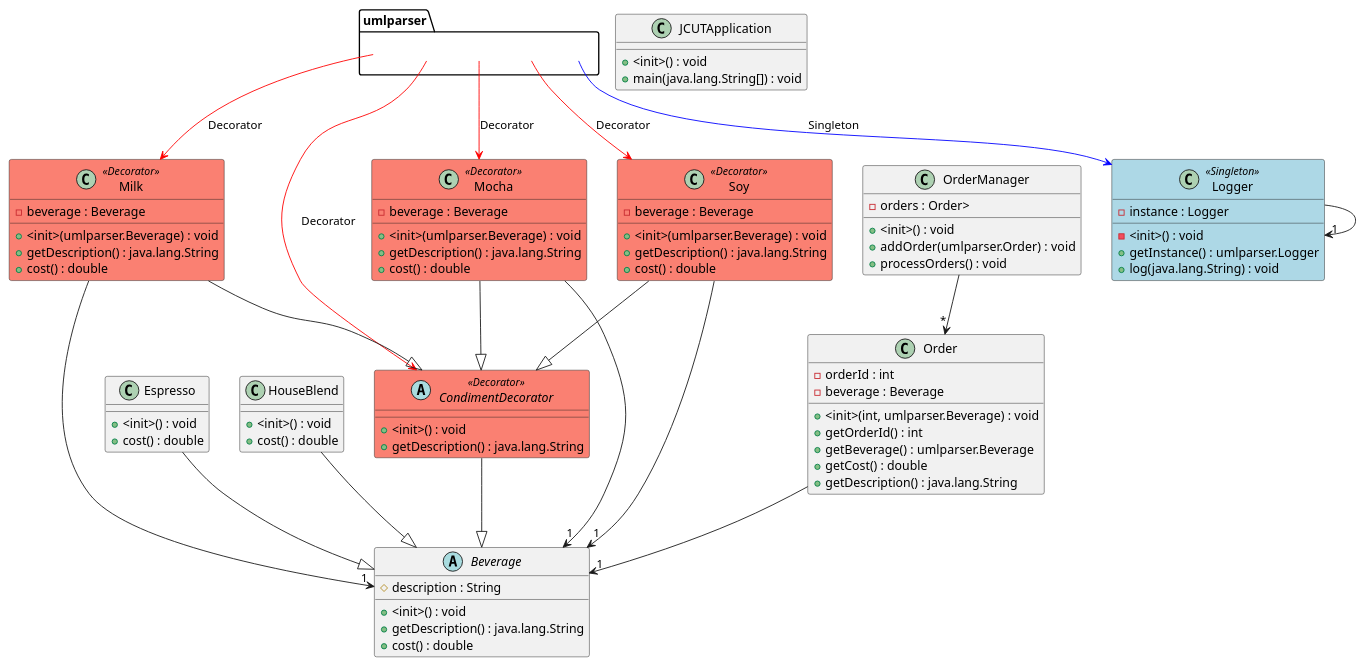
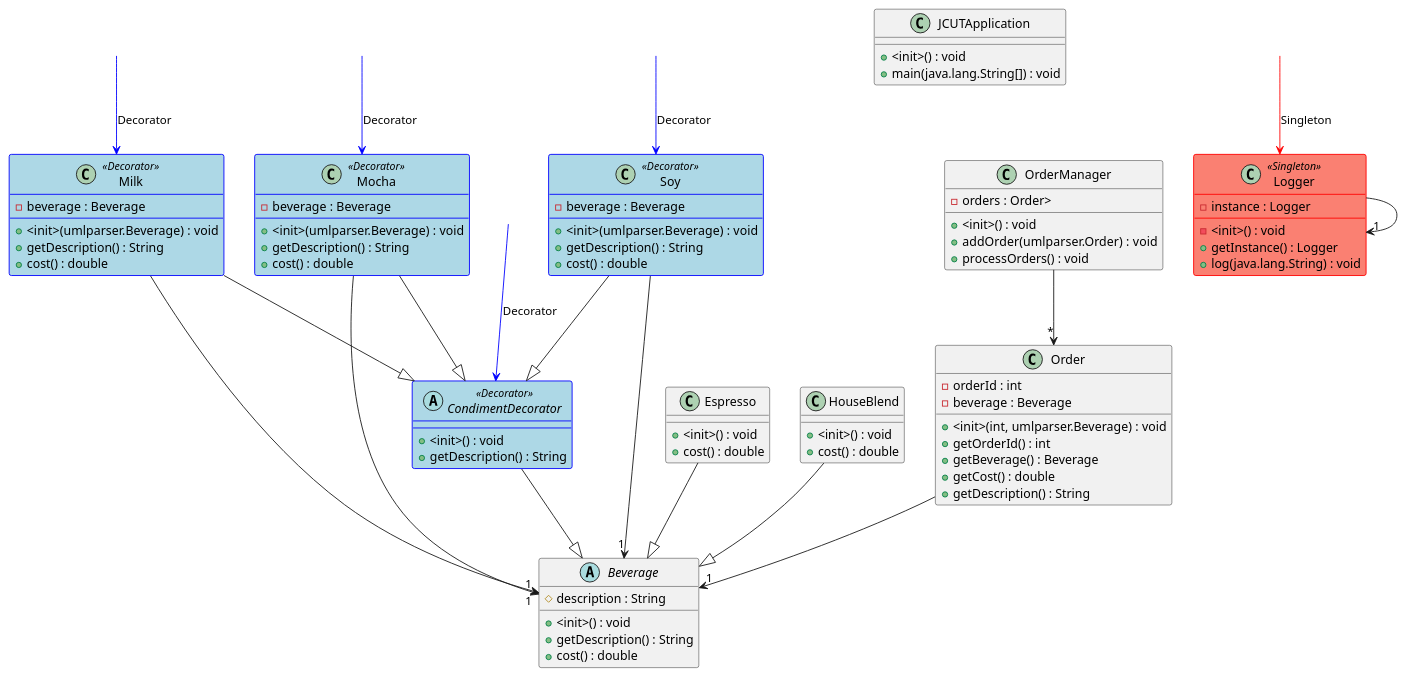
One commit to NateDKing/CSSE374-Grp5 changed the diagram in outputFiles/plantUML.plantuml. Above: the diagram before and after it, drawn with PlantUML. The commit also changed 4 other files, not shown here.

Commit message:
UML updates

```diff
--- a/outputFiles/plantUML.plantuml
+++ b/outputFiles/plantUML.plantuml
@@ -1,104 +1,108 @@
 @startuml
 allowmixing
 skinparam class {
-BackgroundColor<<Decorator>> Salmon
-BackgroundColor<<Singleton>> LightBlue
-BackgroundColor<<Singleton Abuse>> LightBlue
-BorderColor<<Singleton Abuse>> Orange
-BorderThickness<<Singleton Abuse>> 3
+BackgroundColor<<Decorator>> LightBlue
+BackgroundColor<<Singleton>> Salmon
+BackgroundColor<<Singleton Abuse>> Salmon
+BorderColor<<Singleton Abuse>> DarkRed
+BorderColor<<Singleton>> Red
+BorderColor<<Decorator>> Blue
+BorderThickness<<Singleton Abuse>> 5
+BorderThickness<<Singleton>> 1
+BorderThickness<<Decorator>> 1
 }
 abstract Beverage {
   # description : String
   + <init>() : void
-  + getDescription() : java.lang.String
+  + getDescription() : String
   + cost() : double
 }
 
-label " " as umlparser.CondimentDecoratorLabel
-umlparser.CondimentDecoratorLabel -[#red]-> CondimentDecorator : "Decorator"
+label " " as CondimentDecoratorLabel
+CondimentDecoratorLabel -[#blue]-> CondimentDecorator : "Decorator"
 abstract CondimentDecorator <<Decorator>> {
   + <init>() : void
-  + getDescription() : java.lang.String
+  + getDescription() : String
 }
 
 class Espresso {
   + <init>() : void
   + cost() : double
 }
 
 class HouseBlend {
   + <init>() : void
   + cost() : double
 }
 
 class JCUTApplication {
   + <init>() : void
   + main(java.lang.String[]) : void
 }
 
-label " " as umlparser.LoggerLabel
-umlparser.LoggerLabel -[#blue]-> Logger : "Singleton"
+label " " as LoggerLabel
+LoggerLabel -[#red]-> Logger : "Singleton"
 class Logger <<Singleton>> {
   - instance : Logger
   - <init>() : void
-  + getInstance() : umlparser.Logger
+  + getInstance() : Logger
   + log(java.lang.String) : void
 }
 
-label " " as umlparser.MilkLabel
-umlparser.MilkLabel -[#red]-> Milk : "Decorator"
+label " " as MilkLabel
+MilkLabel -[#blue]-> Milk : "Decorator"
 class Milk <<Decorator>> {
   - beverage : Beverage
   + <init>(umlparser.Beverage) : void
-  + getDescription() : java.lang.String
+  + getDescription() : String
   + cost() : double
 }
 
-label " " as umlparser.MochaLabel
-umlparser.MochaLabel -[#red]-> Mocha : "Decorator"
+label " " as MochaLabel
+MochaLabel -[#blue]-> Mocha : "Decorator"
 class Mocha <<Decorator>> {
   - beverage : Beverage
   + <init>(umlparser.Beverage) : void
-  + getDescription() : java.lang.String
+  + getDescription() : String
   + cost() : double
 }
 
 class Order {
   - orderId : int
   - beverage : Beverage
   + <init>(int, umlparser.Beverage) : void
   + getOrderId() : int
-  + getBeverage() : umlparser.Beverage
+  + getBeverage() : Beverage
   + getCost() : double
-  + getDescription() : java.lang.String
+  + getDescription() : String
 }
 
 class OrderManager {
   - orders : Order>
   + <init>() : void
   + addOrder(umlparser.Order) : void
   + processOrders() : void
 }
 
-label " " as umlparser.SoyLabel
-umlparser.SoyLabel -[#red]-> Soy : "Decorator"
+label " " as SoyLabel
+SoyLabel -[#blue]-> Soy : "Decorator"
 class Soy <<Decorator>> {
   - beverage : Beverage
   + <init>(umlparser.Beverage) : void
-  + getDescription() : java.lang.String
+  + getDescription() : String
   + cost() : double
 }
 
 CondimentDecorator --|>Beverage
 Espresso --|>Beverage
 HouseBlend --|>Beverage
 Logger --> "1" Logger
 Milk --|>CondimentDecorator
 Milk --> "1" Beverage
 Mocha --|>CondimentDecorator
 Mocha --> "1" Beverage
 Order --> "1" Beverage
 OrderManager --> "*" Order
 Soy --|>CondimentDecorator
 Soy --> "1" Beverage
 @enduml
```
